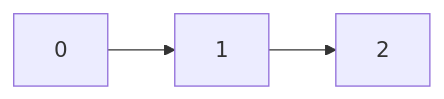
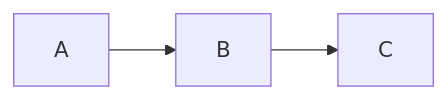
Before and after one commit to ShayGali/sp2_ex1: the first of 3 diagrams in tests_readme.md, drawn with Mermaid. The commit also changed other lines of this file, not shown here.

````diff
--- a/tests_readme.md
+++ b/tests_readme.md
@@ -22,5 +22,5 @@
 ```mermaid
 graph LR;
-    A[0]-->B[1];
-    B[1]-->C[2];
+    A-->B;
+    B-->C;
 ```
````
